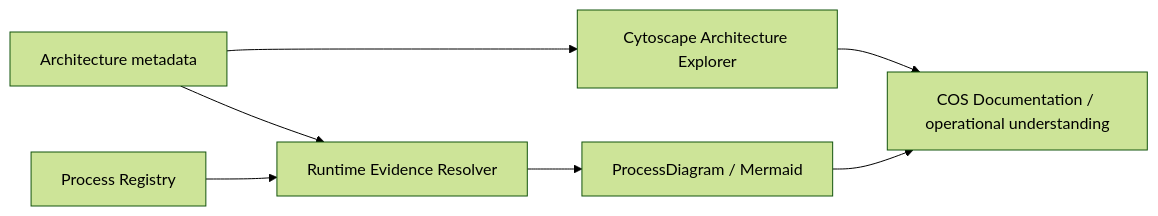
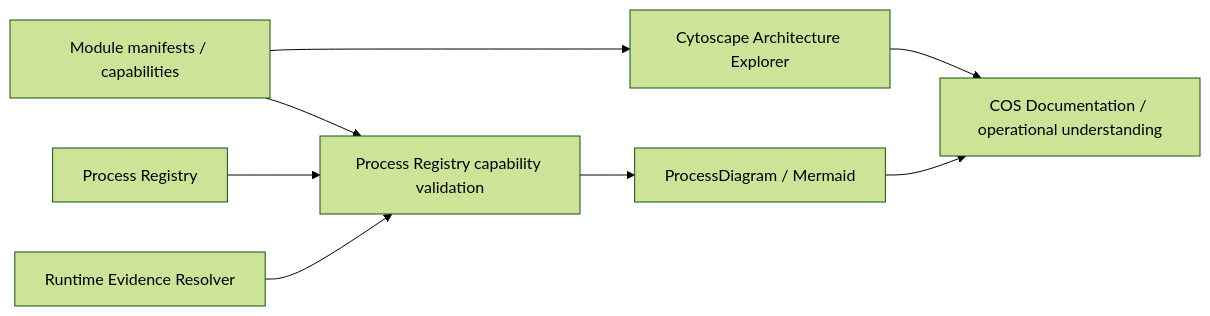
Before and after one commit to Murakhovsky/TerraNova2026: the diagram in docs/02-workflows/business-process-modeling.md, drawn with Mermaid (forest theme). The commit also changed other lines of this file and 13 other files, not shown here.

````diff
--- a/docs/02-workflows/business-process-modeling.md
+++ b/docs/02-workflows/business-process-modeling.md
@@ -195,9 +186,10 @@
 ```mermaid
 flowchart LR
-    A[Architecture metadata] --> B[Cytoscape Architecture Explorer]
-    C[Process Registry] --> D[Runtime Evidence Resolver]
-    D --> E[ProcessDiagram / Mermaid]
-    B --> F[COS Documentation / operational understanding]
-    E --> F
-    A --> D
+    A[Module manifests / capabilities] --> B[Cytoscape Architecture Explorer]
+    A --> C[Process Registry capability validation]
+    D[Process Registry] --> C
+    E[Runtime Evidence Resolver] --> C
+    C --> F[ProcessDiagram / Mermaid]
+    B --> G[COS Documentation / operational understanding]
+    F --> G
 ```
````
